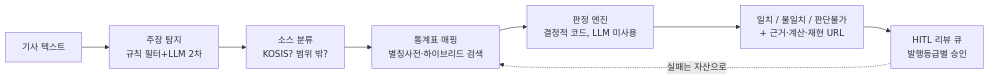
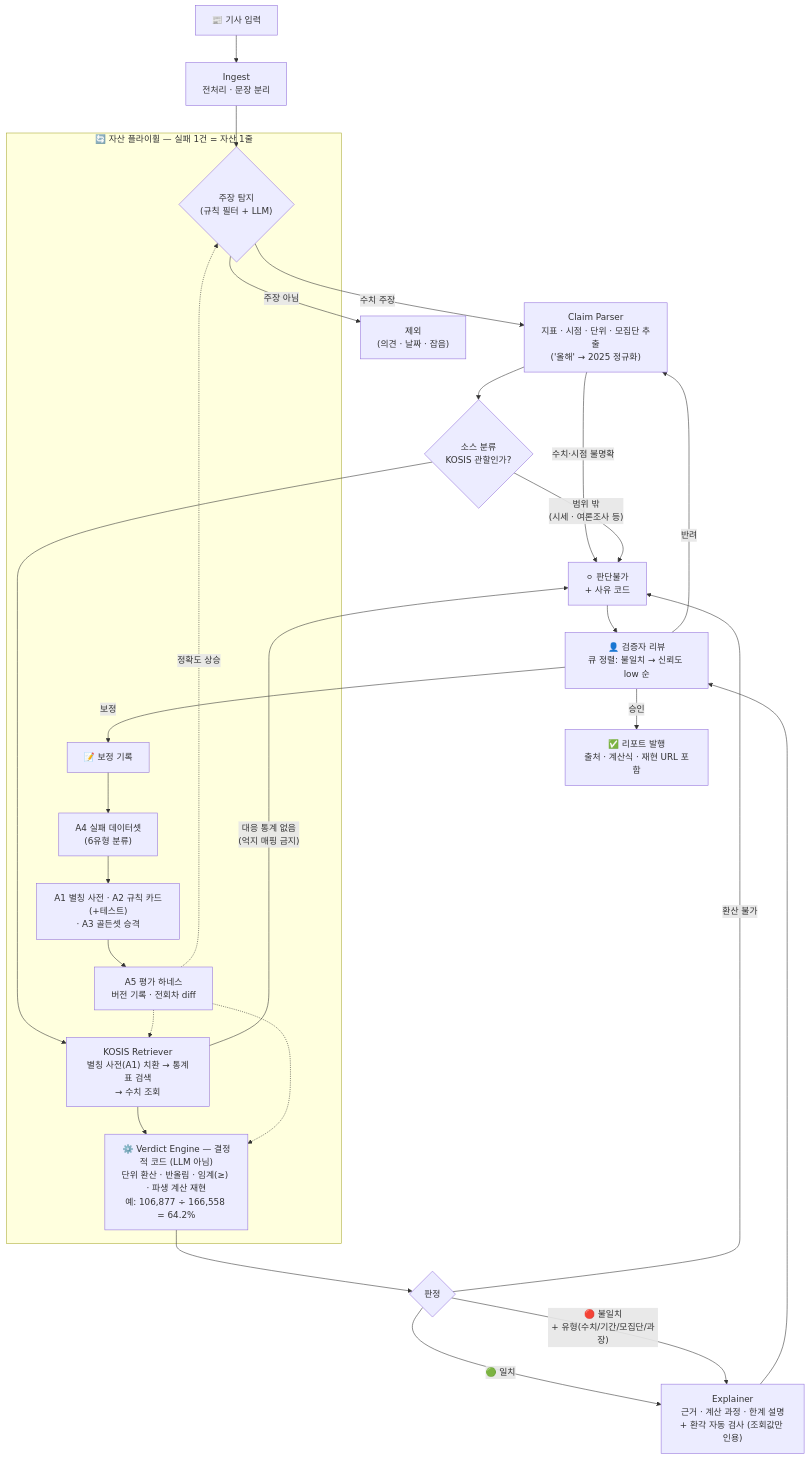
One commit to jjttuk7-bit/clafact changed the diagram in README.md. Above: the diagram before and after it, drawn with Mermaid. The commit also changed other lines of this file and 1 other file, not shown here.

Commit message:
docs: README에 전체 아키텍처 다이어그램 승격 + 소스 분류 노드 현행화
- 간이 LR 플로우를 architecture.md의 상세 TD 다이어그램으로 교체
  (판단불가 3경로, 파생계산 예시, 자산 플라이휠 서브그래프)
- 소스 분류 게이트(KOSIS 관할 판별 → 범위 밖 회피) 노드 추가
- architecture.md의 삭제된 구현/ 폴더 링크를 히스토리 참조로 정리

````diff
--- a/README.md
+++ b/README.md
@@ -35,10 +35,31 @@
 ```mermaid
-flowchart LR
-    A[기사 텍스트] --> B[주장 탐지<br/>규칙 필터+LLM 2차]
-    B --> C[소스 분류<br/>KOSIS? 범위 밖?]
-    C --> D[통계표 매핑<br/>별칭사전·하이브리드 검색]
-    D --> E[판정 엔진<br/>결정적 코드, LLM 미사용]
-    E --> F[일치 / 불일치 / 판단불가<br/>+ 근거·계산·재현 URL]
-    F --> G[HITL 리뷰 큐<br/>발행등급별 승인]
-    G -.실패는 자산으로.-> D
+flowchart TD
+    A["📰 기사 입력"] --> B["Ingest<br/>전처리 · 문장 분리"]
+    B --> C{"주장 탐지<br/>(규칙 필터 + LLM)"}
+    C -->|"주장 아님"| X0["제외<br/>(의견 · 날짜 · 잡음)"]
+    C -->|"수치 주장"| D["Claim Parser<br/>지표 · 시점 · 단위 · 모집단 추출<br/>('올해' → 2025 정규화)"]
+    D -->|"수치·시점 불명확"| U["⚪ 판단불가<br/>+ 사유 코드"]
+    D --> S{"소스 분류<br/>KOSIS 관할인가?"}
+    S -->|"범위 밖<br/>(시세 · 여론조사 등)"| U
+    S --> E["KOSIS Retriever<br/>별칭 사전(A1) 치환 → 통계표 검색<br/>→ 수치 조회"]
+    E -->|"대응 통계 없음<br/>(억지 매핑 금지)"| U
+    E --> F["⚙️ Verdict Engine — 결정적 코드 (LLM 아님)<br/>단위 환산 · 반올림 · 임계(≥) · 파생 계산 재현<br/>예: 106,877 ÷ 166,558 = 64.2%"]
+    F --> G{"판정"}
+    G -->|"🟢 일치"| H
+    G -->|"🔴 불일치<br/>+ 유형(수치/기간/모집단/과장)"| H
+    G -->|"환산 불가"| U
+    H["Explainer<br/>근거 · 계산 과정 · 한계 설명<br/>+ 환각 자동 검사 (조회값만 인용)"] --> I["👤 검증자 리뷰<br/>큐 정렬: 불일치 → 신뢰도 low 순"]
+    U --> I
+    I -->|"승인"| J["✅ 리포트 발행<br/>출처 · 계산식 · 재현 URL 포함"]
+    I -->|"보정"| K["📝 보정 기록"]
+    I -->|"반려"| D
+
+    subgraph FLY["🔄 자산 플라이휠 — 실패 1건 = 자산 1줄"]
+        K --> L["A4 실패 데이터셋<br/>(6유형 분류)"]
+        L --> M["A1 별칭 사전 · A2 규칙 카드(+테스트)<br/>· A3 골든셋 승격"]
+        M --> N["A5 평가 하네스<br/>버전 기록 · 전회차 diff"]
+        N -.->|"정확도 상승"| C
+        N -.-> E
+        N -.-> F
+    end
 ```
````
